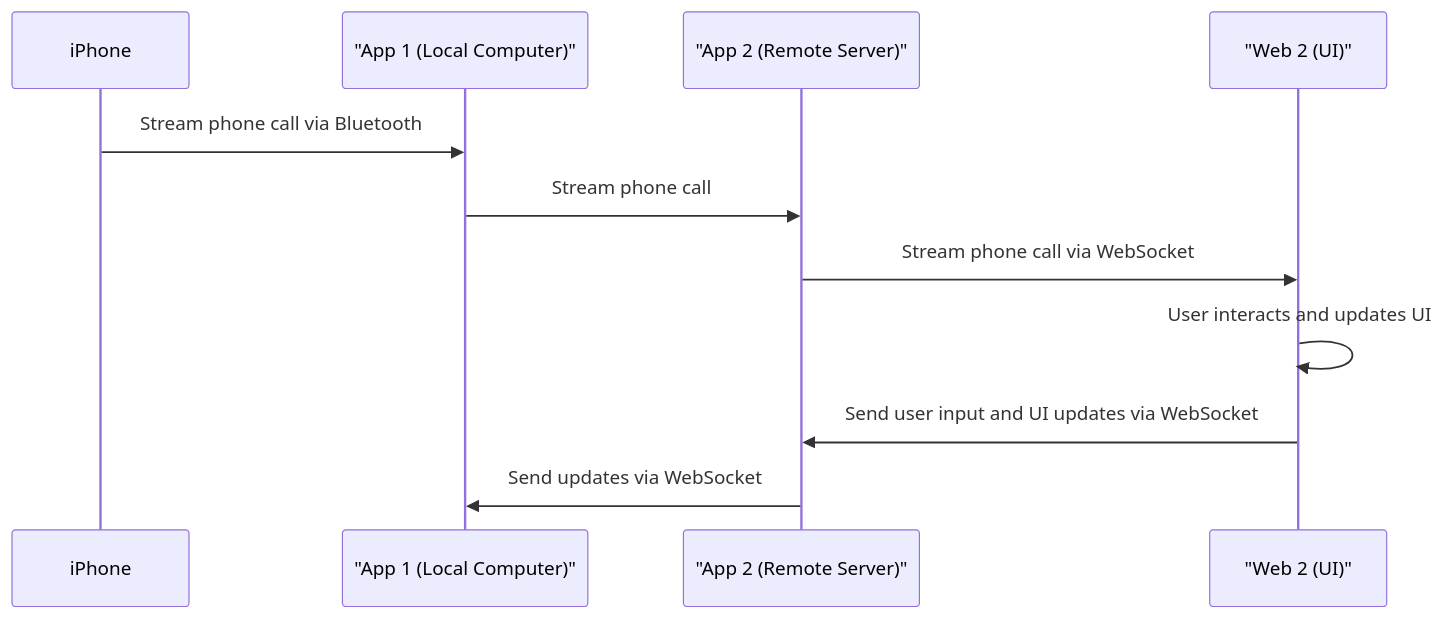
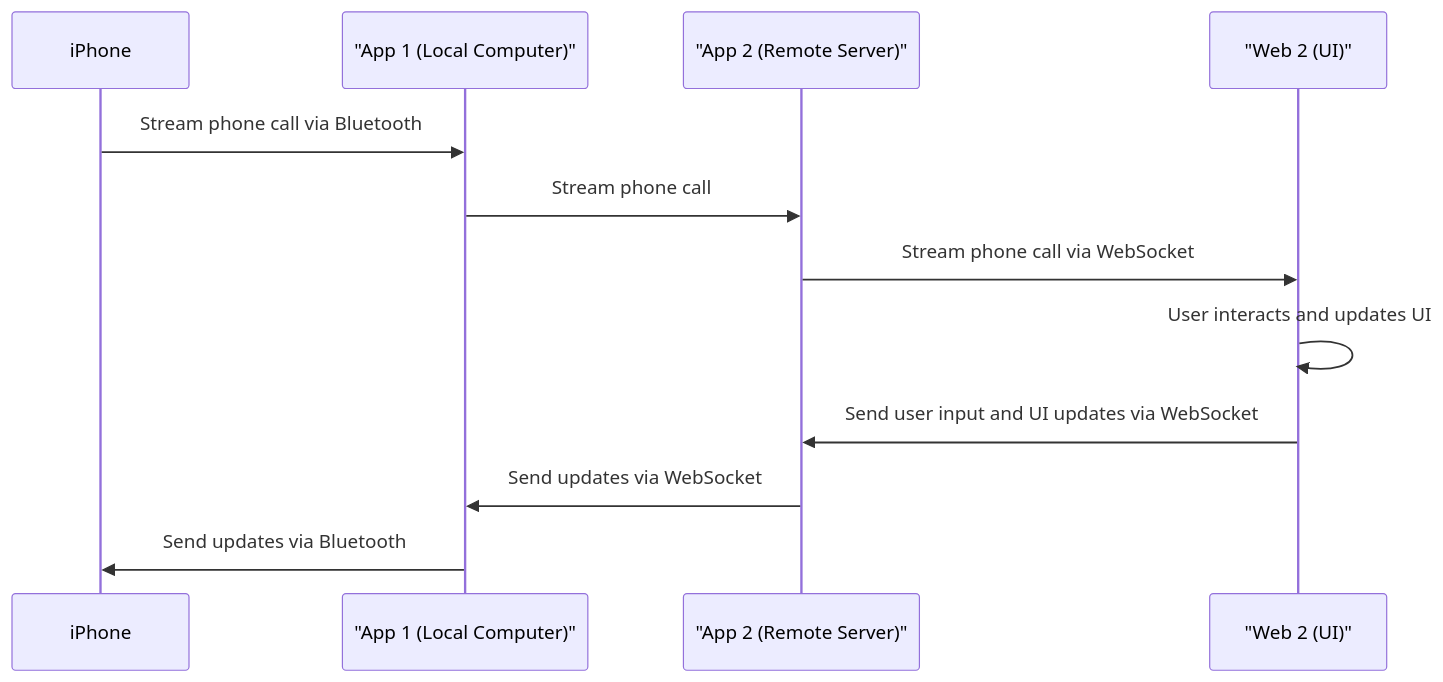
The first of 2 diagrams in README.md (LuigiClemente/iPhoneStreamingToUiApp), drawn with Mermaid before and after one commit. The commit also changed other lines of this file, not shown here.

````diff
--- a/README.md
+++ b/README.md
@@ -1,14 +1,15 @@
 ```mermaid
 sequenceDiagram
     participant iPhone
     participant App1 as "App 1 (Local Computer)"
     participant App2 as "App 2 (Remote Server)"
     participant Web2 as "Web 2 (UI)"
 
     iPhone->>App1: Stream phone call via Bluetooth
     App1->>App2: Stream phone call
     App2->>Web2: Stream phone call via WebSocket
     Web2->>Web2: User interacts and updates UI
     Web2->>App2: Send user input and UI updates via WebSocket
     App2->>App1: Send updates via WebSocket
+    App1->>iPhone: Send updates via Bluetooth
 ```
````
